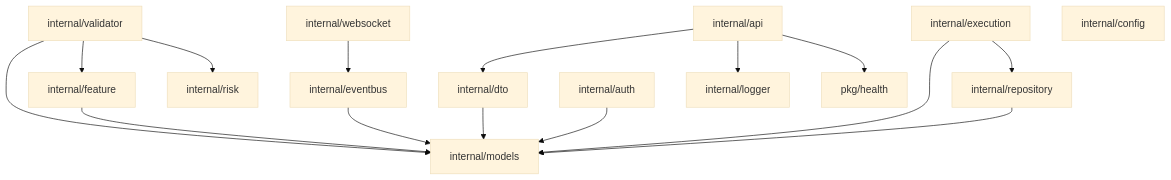
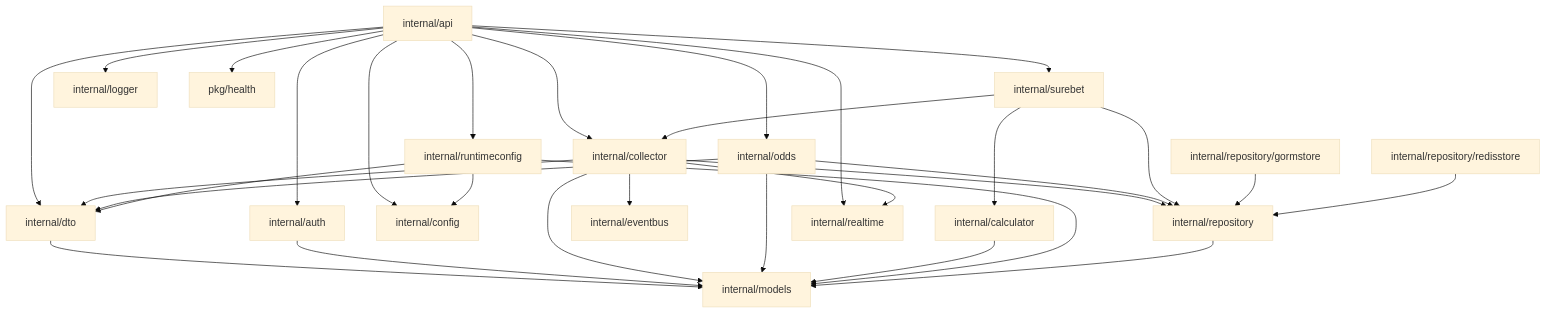
One commit to Truonghocdot/surebet changed the diagram in docs/dependency-graph.md. Above: the diagram before and after it, drawn with Mermaid (base theme). The commit also changed other lines of this file and 138 other files, not shown here.

````diff
--- a/docs/dependency-graph.md
+++ b/docs/dependency-graph.md
@@ -5,32 +5,51 @@
 ```mermaid
 flowchart TD
     API[internal/api]
     DTO[internal/dto]
     MODELS[internal/models]
-    VALIDATOR[internal/validator]
-    FEATURE[internal/feature]
-    RISK[internal/risk]
-    EXEC[internal/execution]
+    AUTH[internal/auth]
+    CONFIG[internal/config]
+    COLLECTOR[internal/collector]
+    ODDS[internal/odds]
+    CALCULATOR[internal/calculator]
+    SUREBET[internal/surebet]
+    RUNTIMECONFIG[internal/runtimeconfig]
     EVENTBUS[internal/eventbus]
     REPO[internal/repository]
-    WS[internal/websocket]
-    AUTH[internal/auth]
-    CONFIG[internal/config]
+    GORMSTORE[internal/repository/gormstore]
+    REDISSTORE[internal/repository/redisstore]
+    REALTIME[internal/realtime]
     LOG[internal/logger]
     HEALTH[pkg/health]
 
     API --> DTO
+    API --> AUTH
+    API --> CONFIG
+    API --> COLLECTOR
+    API --> ODDS
+    API --> SUREBET
+    API --> RUNTIMECONFIG
+    API --> REALTIME
     API --> LOG
     API --> HEALTH
     DTO --> MODELS
-    VALIDATOR --> MODELS
-    VALIDATOR --> FEATURE
-    VALIDATOR --> RISK
-    EXEC --> MODELS
-    EXEC --> REPO
-    EVENTBUS --> MODELS
-    FEATURE --> MODELS
+    AUTH --> MODELS
+    COLLECTOR --> DTO
+    COLLECTOR --> MODELS
+    COLLECTOR --> REPO
+    COLLECTOR --> EVENTBUS
+    COLLECTOR --> REALTIME
+    ODDS --> DTO
+    ODDS --> MODELS
+    ODDS --> REPO
+    CALCULATOR --> MODELS
+    SUREBET --> CALCULATOR
+    SUREBET --> COLLECTOR
+    SUREBET --> REPO
+    RUNTIMECONFIG --> CONFIG
+    RUNTIMECONFIG --> DTO
+    RUNTIMECONFIG --> MODELS
     REPO --> MODELS
-    WS --> EVENTBUS
-    AUTH --> MODELS
+    GORMSTORE --> REPO
+    REDISSTORE --> REPO
 ```
````
